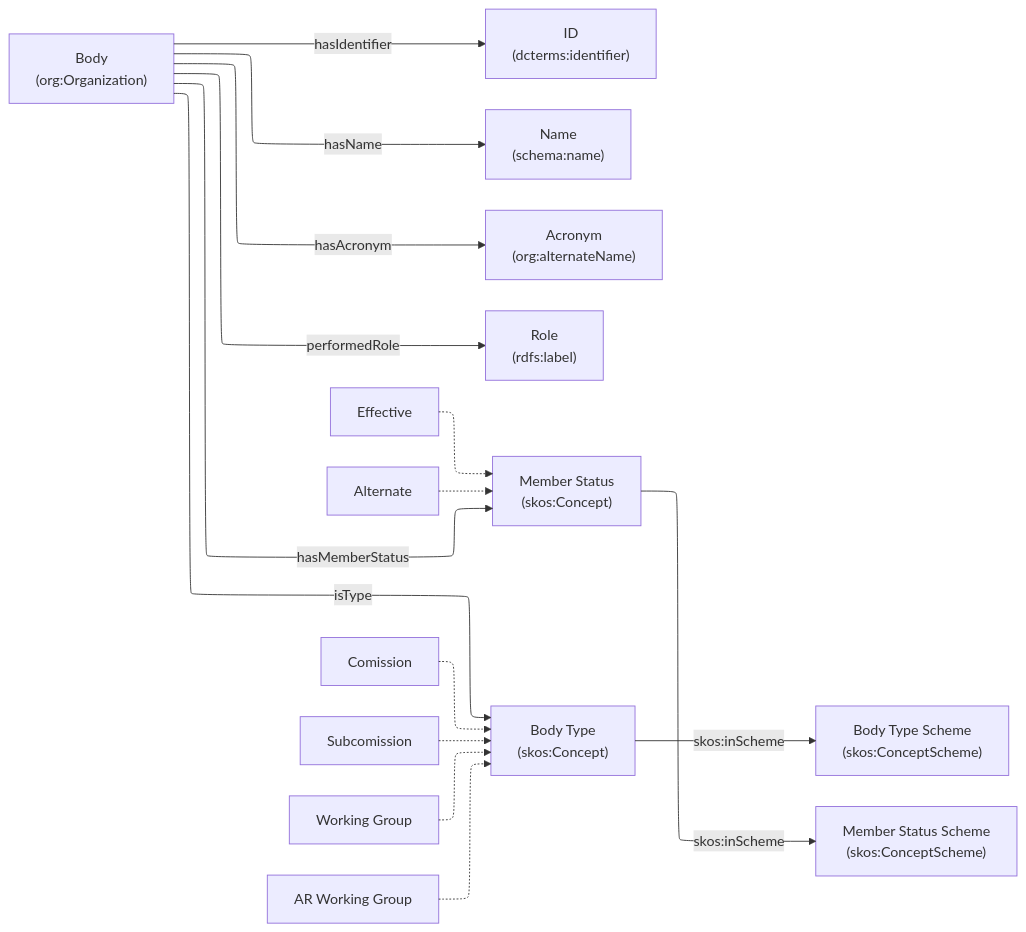
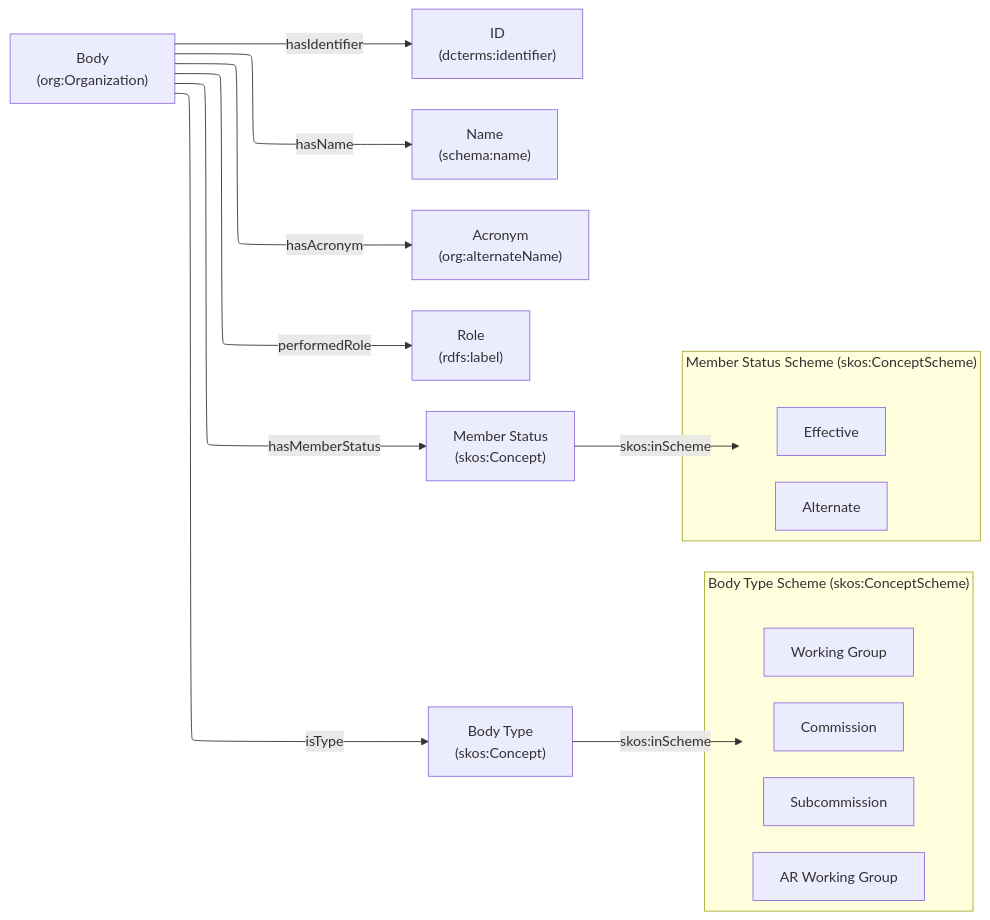
One commit to Kaankzlyar/orwell-generalized changed the diagram in docs/registobiografico/diagrams/body.mermaid. Above: the diagram before and after it, drawn with Mermaid. The commit also changed 4 other files, not shown here.

```diff
--- a/docs/registobiografico/diagrams/body.mermaid
+++ b/docs/registobiografico/diagrams/body.mermaid
@@ -1,21 +1,27 @@
 ---
 config:
   layout: elk
 ---
 flowchart LR
-    Bodies["Body<br>(org:Organization)"] -- hasIdentifier --> bid["ID<br>(dcterms:identifier)"]
-    Bodies -- hasName --> bname["Name<br>(schema:name)"]
-    Bodies -- hasAcronym --> bacr["Acronym<br>(org:alternateName)"]
-    Bodies -- performedRole --> bcap["Role<br>(rdfs:label)"]
-    Bodies -- hasMemberStatus --> bmstat["Member Status<br>(skos:Concept)"]
-    Bodies -- isType --> btype["Body Type<br>(skos:Concept)"]
-    
-    btype -->|"skos:inScheme"| btypeEnum["Body Type Scheme<br>(skos:ConceptScheme)"]
-    bt1["Comission"] -.-> btype
-    bt2["Subcomission"] -.-> btype
-    bt3["Working Group"] -.-> btype
-    bt4["AR Working Group"] -.-> btype
-    
-    bmstat -->|"skos:inScheme"| bmstatEnum["Member Status Scheme<br>(skos:ConceptScheme)"]
-    ms1["Effective"] -.-> bmstat
-    ms2["Alternate"] -.-> bmstat
+Bodies["Body<br>(org:Organization)"] -- hasIdentifier --> bid["ID<br>(dcterms:identifier)"]
+Bodies -- hasName --> bname["Name<br>(schema:name)"]
+Bodies -- hasAcronym --> bacr["Acronym<br>(org:alternateName)"]
+Bodies -- performedRole --> bcap["Role<br>(rdfs:label)"]
+Bodies -- hasMemberStatus --> bmstat["Member Status<br>(skos:Concept)"]
+Bodies -- isType --> btype["Body Type<br>(skos:Concept)"]
+
+btype -->|"skos:inScheme"| btypeEnum
+
+subgraph btypeEnum["Body Type Scheme (skos:ConceptScheme)"]
+    bt1["Commission"]
+    bt2["Subcommission"]
+    bt3["Working Group"]
+    bt4["AR Working Group"]
+end
+
+bmstat -->|"skos:inScheme"| bmstatEnum
+
+subgraph bmstatEnum["Member Status Scheme (skos:ConceptScheme)"]
+    ms1["Effective"]
+    ms2["Alternate"]
+end
```
